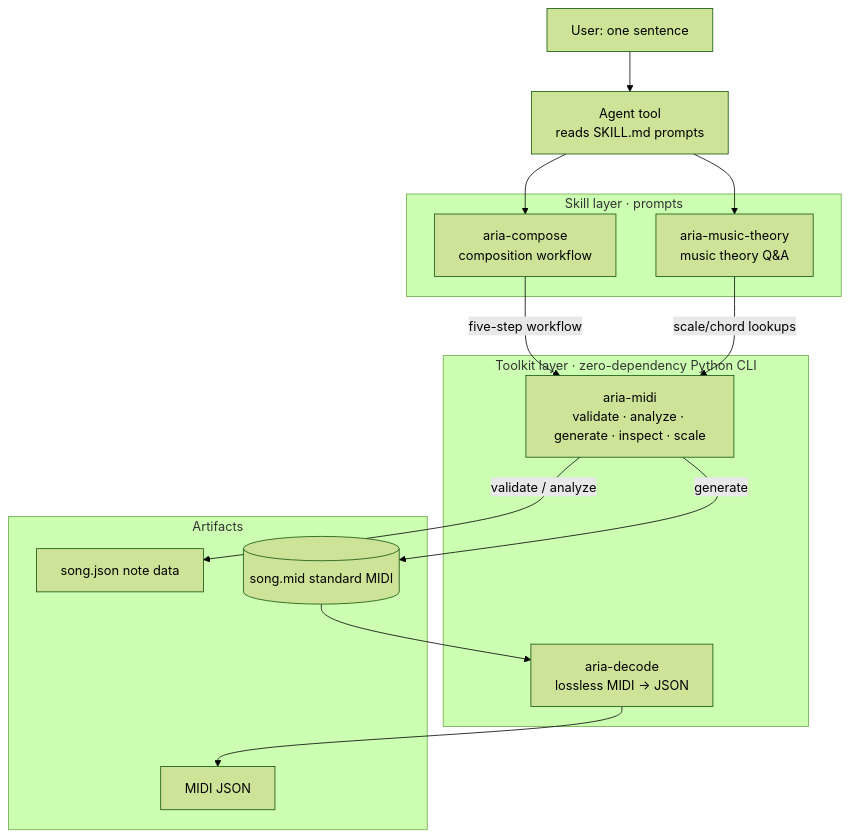
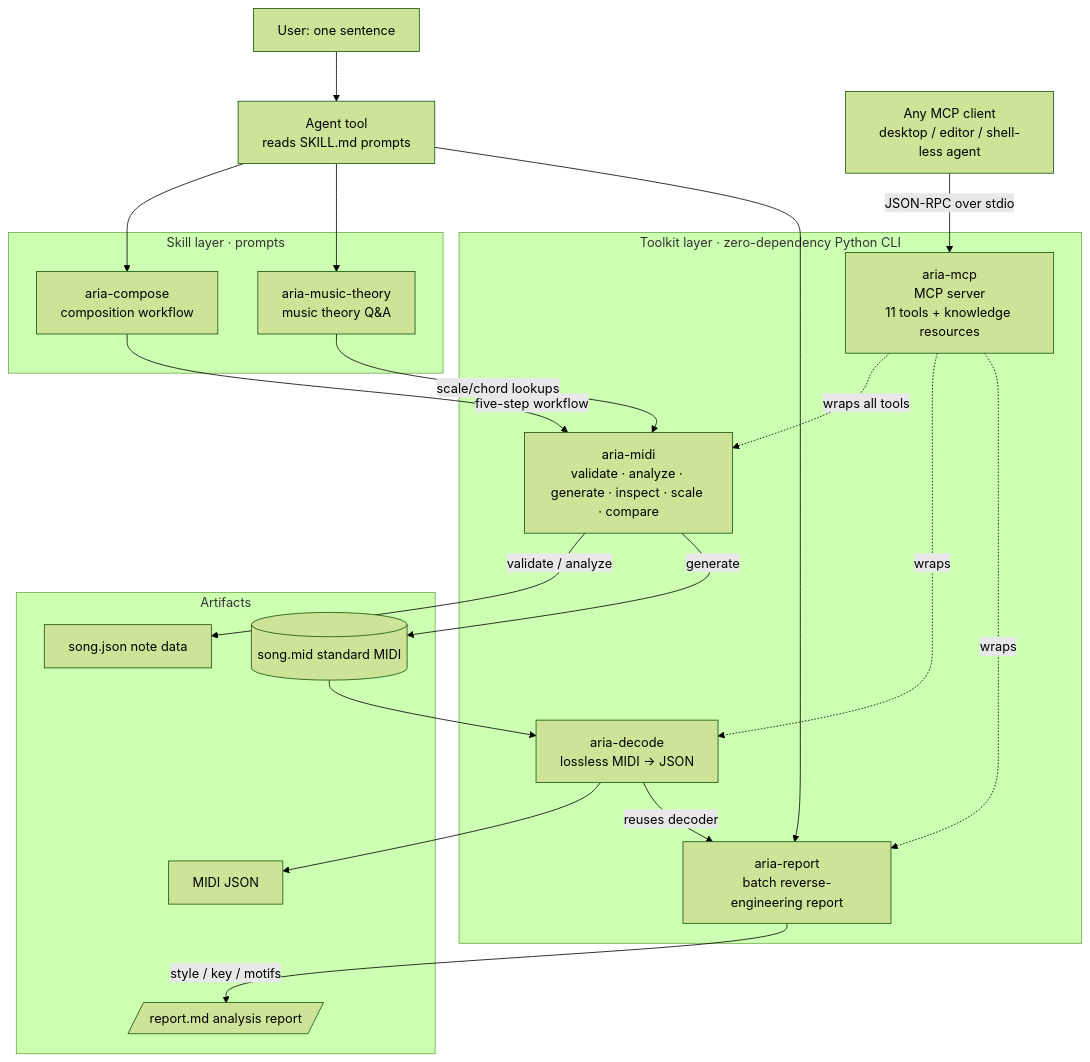
Before and after one commit to M7ui/Aria_Skills: the diagram in README.en.md, drawn with Mermaid (forest theme). The commit also changed other lines of this file and 25 other files, not shown here.

First line of the commit message:
feat: 新增 aria-mcp 服务端、补全 aria-report，确立命名与目录约定

````diff
--- a/README.en.md
+++ b/README.en.md
@@ -50,29 +62,39 @@
 ```mermaid
 flowchart TB
     User[User: one sentence] --> Agent[Agent tool<br/>reads SKILL.md prompts]
 
     subgraph Skills[Skill layer · prompts]
         Compose[aria-compose<br/>composition workflow]
         Theory[aria-music-theory<br/>music theory Q&A]
     end
 
     subgraph Toolkit[Toolkit layer · zero-dependency Python CLI]
-        Midi[aria-midi<br/>validate · analyze · generate · inspect · scale]
+        Midi[aria-midi<br/>validate · analyze · generate · inspect · scale · compare]
         Decode[aria-decode<br/>lossless MIDI → JSON]
+        Report[aria-report<br/>batch reverse-engineering report]
+        Mcp[aria-mcp<br/>MCP server<br/>11 tools + knowledge resources]
     end
 
     subgraph Output[Artifacts]
         Song[song.json note data]
         MidiFile[(song.mid standard MIDI)]
         MidiJson[MIDI JSON]
+        MdReport[/report.md analysis report/]
     end
 
     Agent --> Compose
     Agent --> Theory
+    Agent --> Report
     Compose -->|five-step workflow| Midi
     Theory -->|scale/chord lookups| Midi
     Midi -->|validate / analyze| Song
     Midi -->|generate| MidiFile
     MidiFile --> Decode
     Decode --> MidiJson
+    Decode -->|reuses decoder| Report
+    Report -->|style / key / motifs| MdReport
+    Mcp -.->|wraps all tools| Midi
+    Mcp -.->|wraps| Decode
+    Mcp -.->|wraps| Report
+    Client[Any MCP client<br/>desktop / editor / shell-less agent] -->|JSON-RPC over stdio| Mcp
 ```
````
